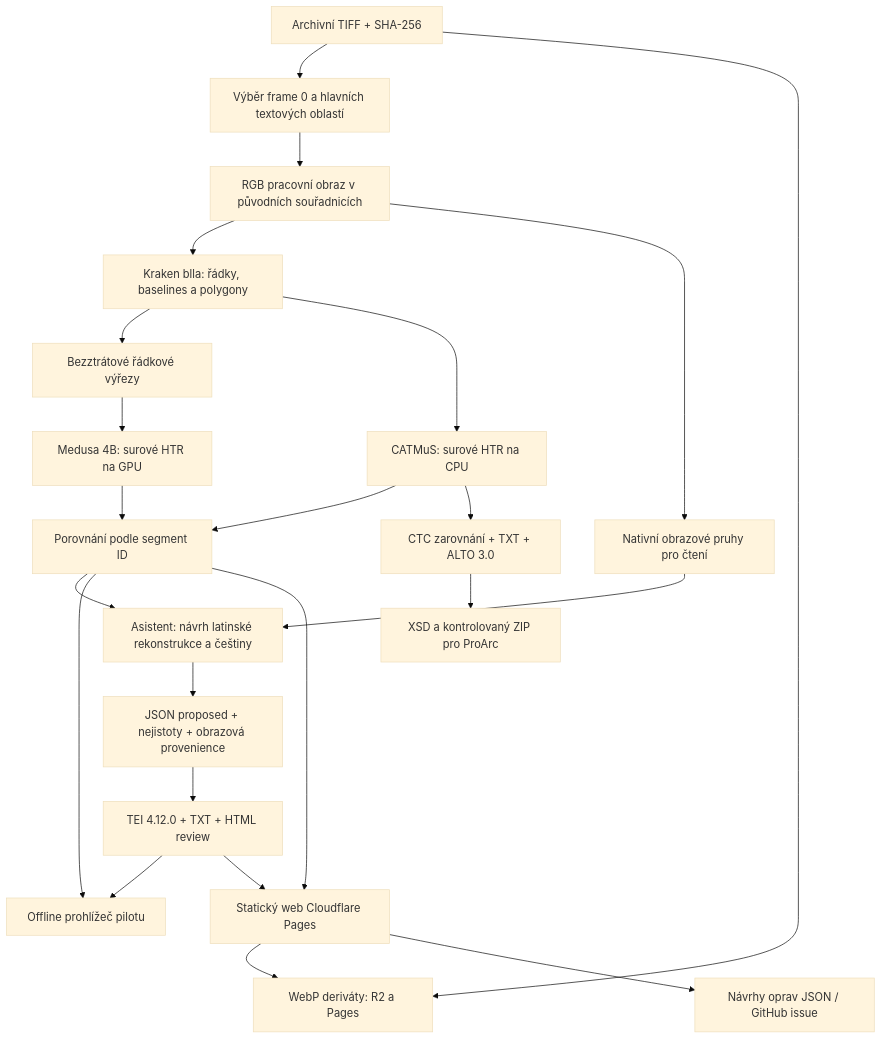
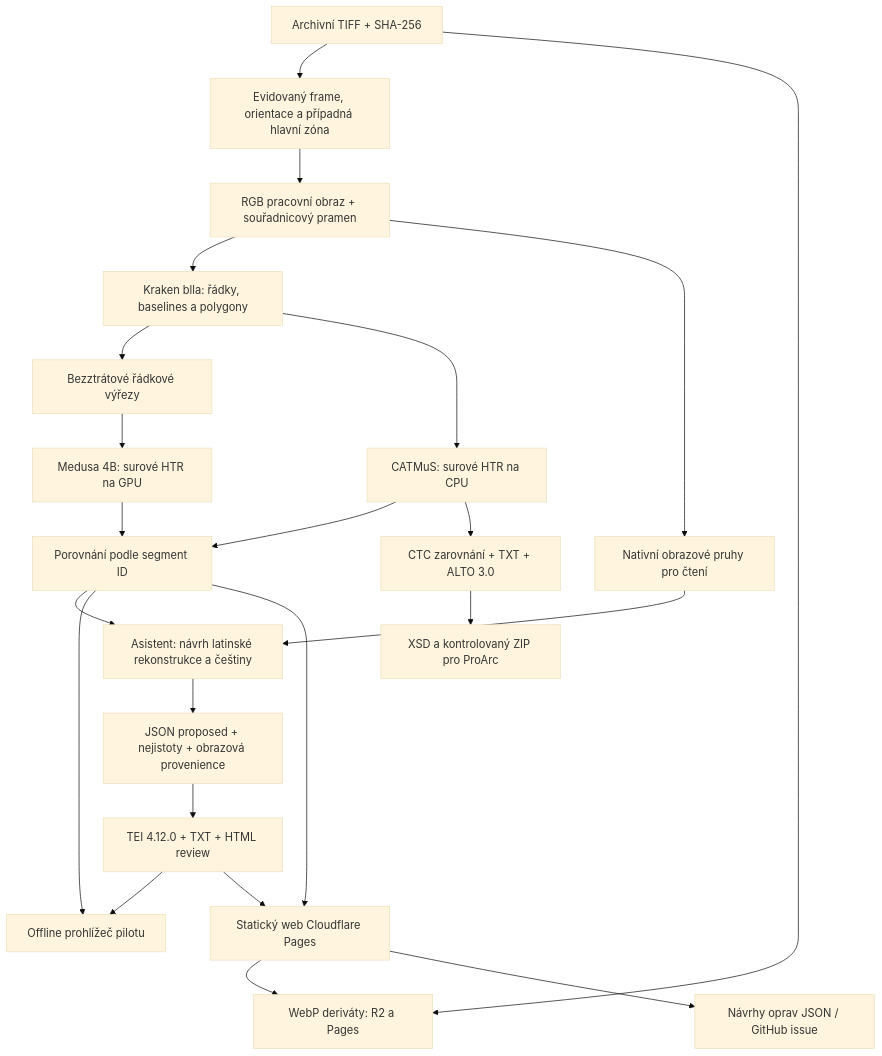
One commit to bezverec/manuscripty changed the diagram in docs/architecture.md. Above: the diagram before and after it, drawn with Mermaid (base theme). The commit also changed other lines of this file and 26 other files, not shown here.

```diff
--- a/docs/architecture.md
+++ b/docs/architecture.md
@@ -5,25 +5,25 @@
 ~~~mermaid
 flowchart TD
-  A[Archivní TIFF + SHA-256] --> B[Výběr frame 0 a hlavních textových oblastí]
-  B --> C[RGB pracovní obraz v původních souřadnicích]
+  A[Archivní TIFF + SHA-256] --> B[Evidovaný frame, orientace a případná hlavní zóna]
+  B --> C[RGB pracovní obraz + souřadnicový pramen]
   C --> D[Kraken blla: řádky, baselines a polygony]
   D --> E[Bezztrátové řádkové výřezy]
   D --> F[CATMuS: surové HTR na CPU]
   E --> G[Medusa 4B: surové HTR na GPU]
   F --> H[Porovnání podle segment ID]
   G --> H
   C --> I[Nativní obrazové pruhy pro čtení]
   H --> J[Asistent: návrh latinské rekonstrukce a češtiny]
   I --> J
   J --> K[JSON proposed + nejistoty + obrazová provenience]
   K --> L[TEI 4.12.0 + TXT + HTML review]
   F --> M[CTC zarovnání + TXT + ALTO 3.0]
   M --> N[XSD a kontrolovaný ZIP pro ProArc]
   L --> O[Offline prohlížeč pilotu]
   H --> O
   L --> P[Statický web Cloudflare Pages]
   H --> P
   A --> Q[WebP deriváty: R2 a Pages]
   P --> Q
   P --> S[Návrhy oprav JSON / GitHub issue]
 ~~~
```
